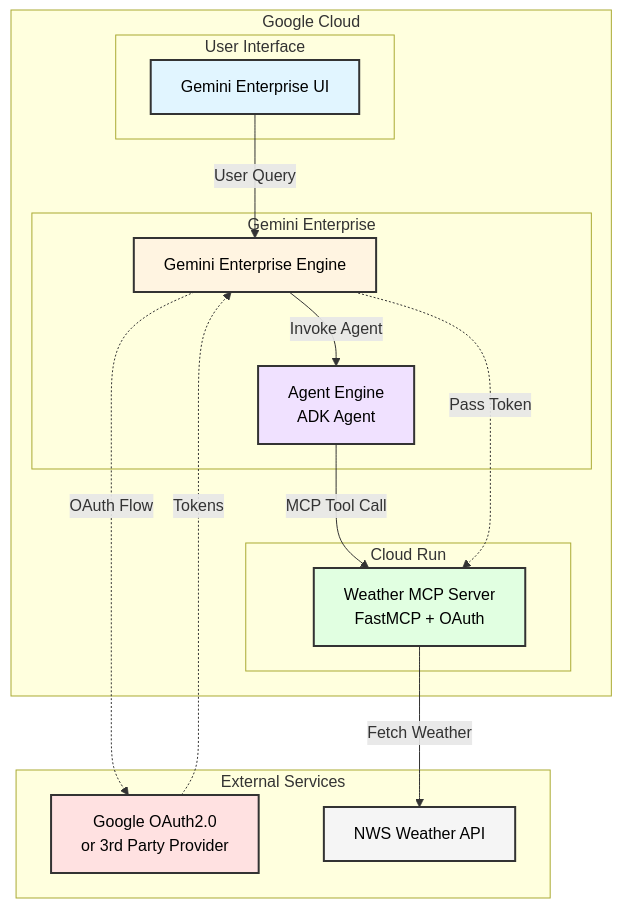
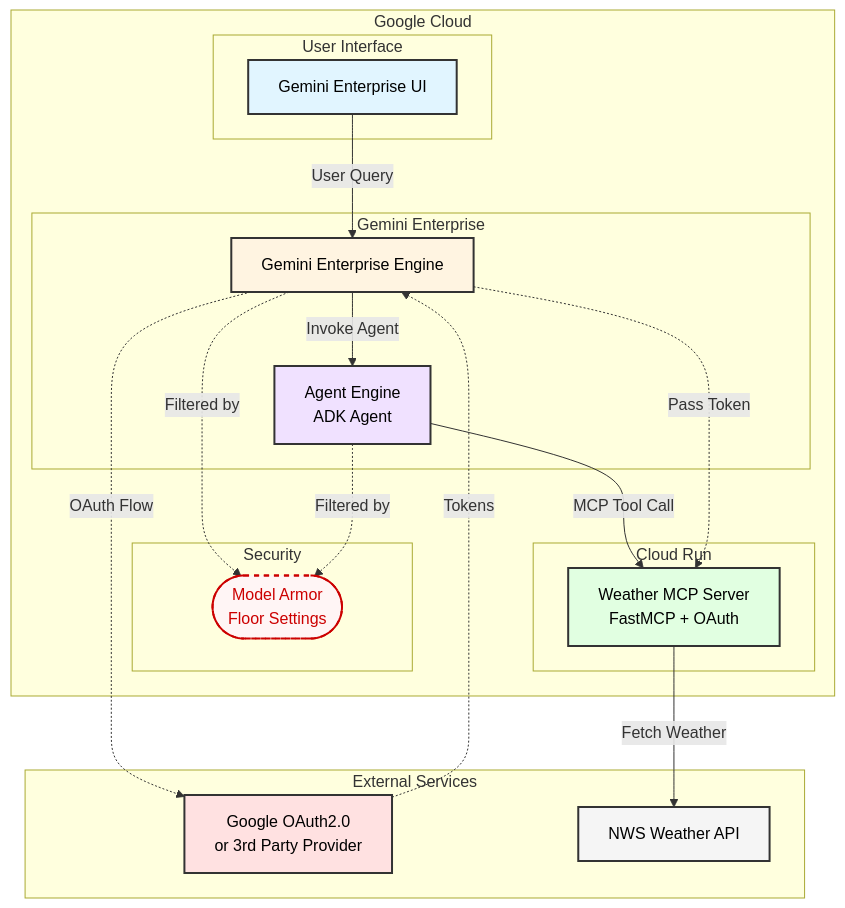
Before and after one commit to wadave/agent-solution-ops: the diagram in README.md, drawn with Mermaid. The commit also changed 1 other file, not shown here.

Commit message:
chore: update diagram

````diff
--- a/README.md
+++ b/README.md
@@ -72,39 +72,48 @@
 ```mermaid
 graph TB
     subgraph "Google Cloud"
         subgraph "User Interface"
         UI["Gemini Enterprise UI"]
         end
+
+        subgraph "Security"
+            MA(["Model Armor<br/>Floor Settings"])
+        end
+
         subgraph "Gemini Enterprise"
             AS["Gemini Enterprise Engine"]
             RE["Agent Engine<br/>ADK Agent"]
         end
 
         subgraph "Cloud Run"
             MCP["Weather MCP Server<br/>FastMCP + OAuth"]
         end
 
     end
 
     subgraph "External Services"
             OAUTH["Google OAuth2.0
             or 3rd Party Provider"]
             NWS["NWS Weather API"]
         end
 
     UI -->|User Query| AS
     AS -->|Invoke Agent| RE
     RE -->|MCP Tool Call| MCP
     MCP -->|Fetch Weather| NWS
 
+    AS -.->|Filtered by| MA
+    RE -.->|Filtered by| MA
+
     AS -.->|OAuth Flow| OAUTH
     OAUTH -.->|Tokens| AS
     AS -.->|Pass Token| MCP
 
     style UI fill:#e1f5ff,stroke:#333,stroke-width:2px,color:#000
     style AS fill:#fff4e1,stroke:#333,stroke-width:2px,color:#000
     style RE fill:#f0e1ff,stroke:#333,stroke-width:2px,color:#000
     style MCP fill:#e1ffe1,stroke:#333,stroke-width:2px,color:#000
     style OAUTH fill:#ffe1e1,stroke:#333,stroke-width:2px,color:#000
     style NWS fill:#f5f5f5,stroke:#333,stroke-width:2px,color:#000
+    style MA fill:#fff5f5,stroke:#cc0000,stroke-width:2px,stroke-dasharray: 5 5,color:#cc0000
 ```
````
